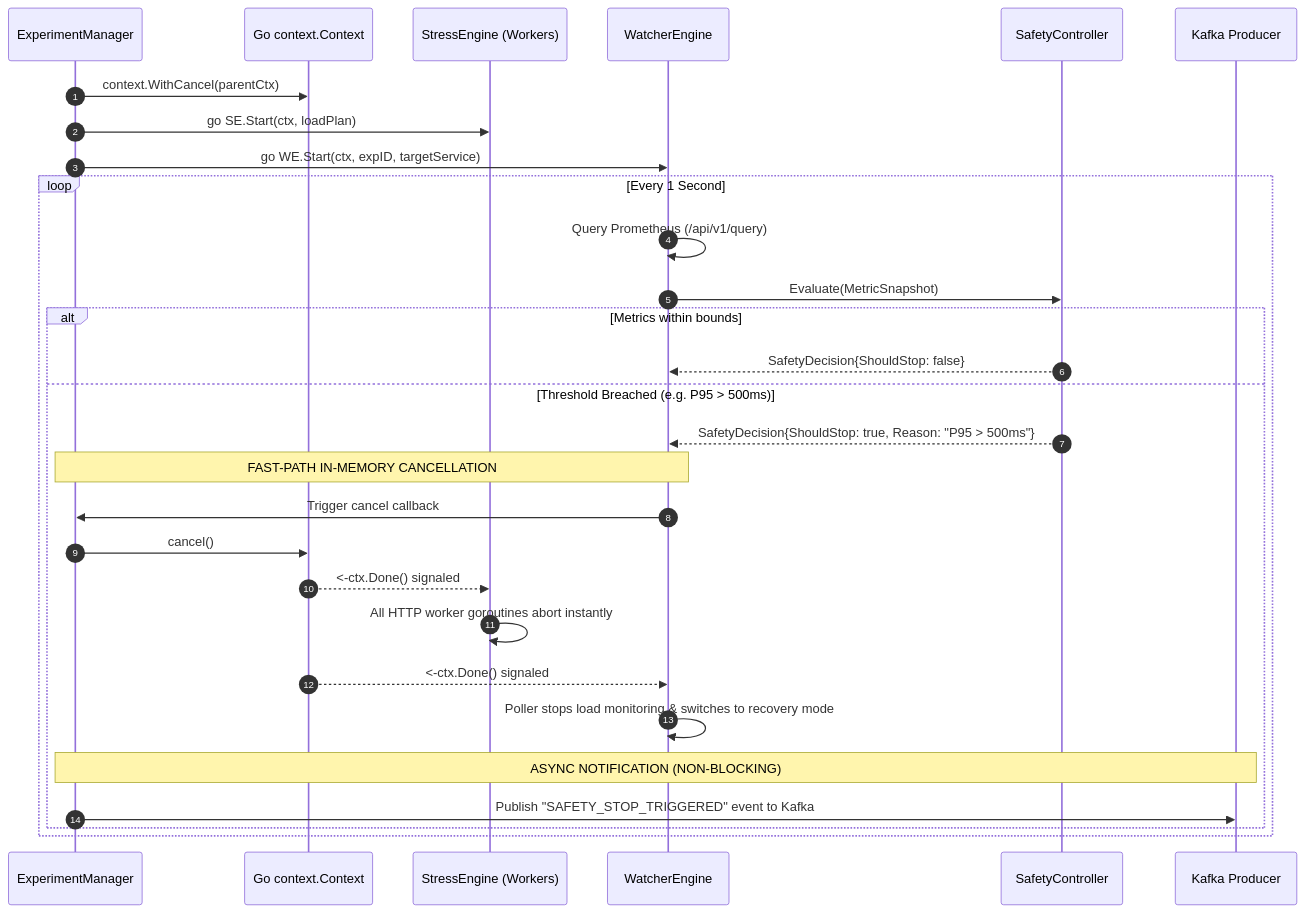
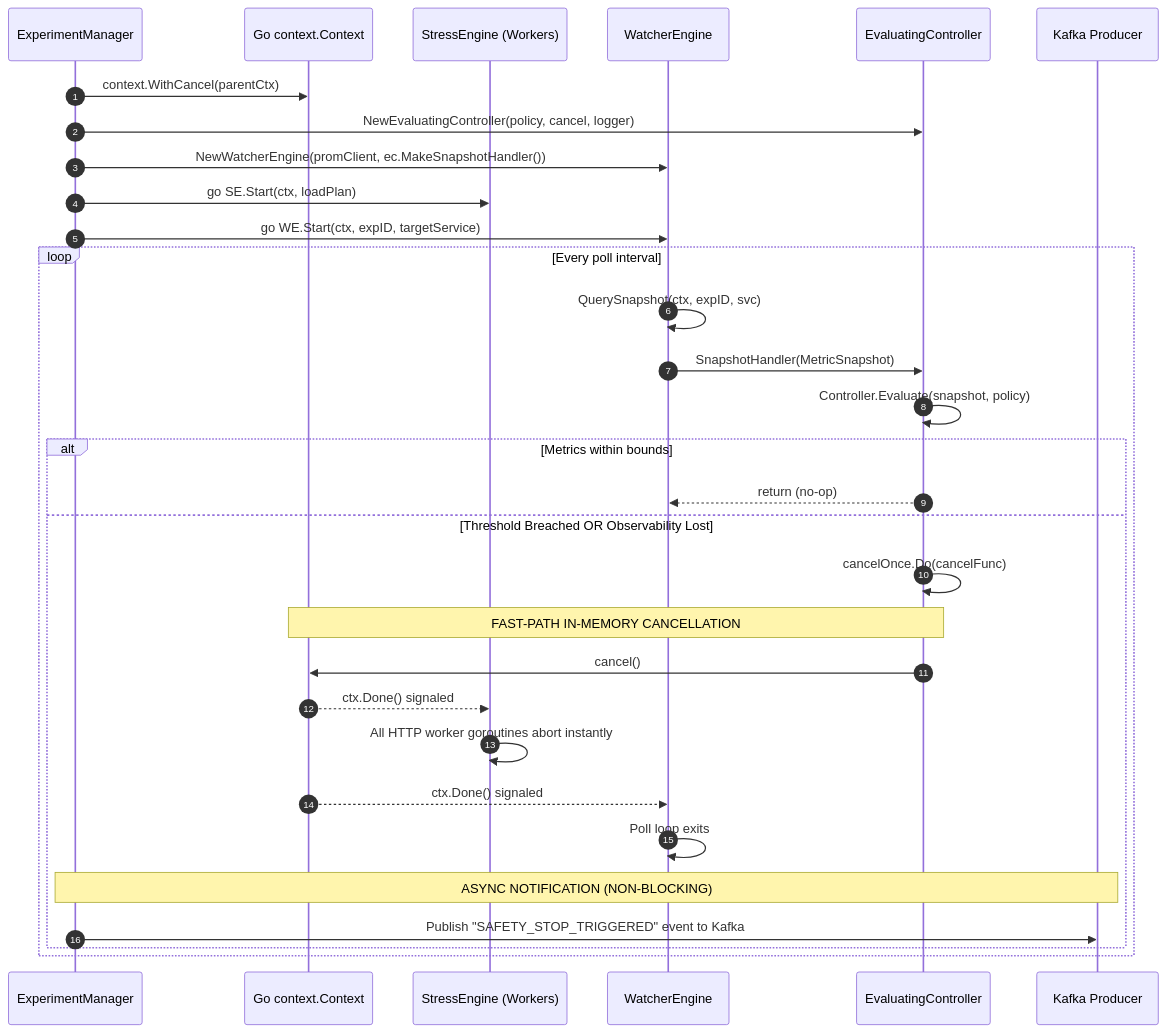
The second of 2 diagrams in docs/LLD.md (drumilbhati/damascus), drawn with Mermaid before and after one commit. The commit also changed other lines of this file and 4 other files, not shown here.

````diff
--- a/docs/LLD.md
+++ b/docs/LLD.md
@@ -434,33 +469,35 @@
 ```mermaid
 sequenceDiagram
     autonumber
     participant EM as ExperimentManager
     participant Ctx as Go context.Context
     participant SE as StressEngine (Workers)
     participant WE as WatcherEngine
-    participant SC as SafetyController
+    participant EC as EvaluatingController
     participant KF as Kafka Producer
 
     EM->>Ctx: context.WithCancel(parentCtx)
+    EM->>EC: NewEvaluatingController(policy, cancel, logger)
+    EM->>WE: NewWatcherEngine(promClient, ec.MakeSnapshotHandler())
     EM->>SE: go SE.Start(ctx, loadPlan)
     EM->>WE: go WE.Start(ctx, expID, targetService)
-    
-    loop Every 1 Second
-        WE->>WE: Query Prometheus (/api/v1/query)
-        WE->>SC: Evaluate(MetricSnapshot)
+
+    loop Every poll interval
+        WE->>WE: QuerySnapshot(ctx, expID, svc)
+        WE->>EC: SnapshotHandler(MetricSnapshot)
+        EC->>EC: Controller.Evaluate(snapshot, policy)
         alt Metrics within bounds
-            SC-->>WE: SafetyDecision{ShouldStop: false}
-        else Threshold Breached (e.g. P95 > 500ms)
-            SC-->>WE: SafetyDecision{ShouldStop: true, Reason: "P95 > 500ms"}
-            Note over WE,EM: FAST-PATH IN-MEMORY CANCELLATION
-            WE->>EM: Trigger cancel callback
-            EM->>Ctx: cancel()
-            Ctx-->>SE: <-ctx.Done() signaled
+            EC-->>WE: return (no-op)
+        else Threshold Breached OR Observability Lost
+            EC->>EC: cancelOnce.Do(cancelFunc)
+            Note over EC,Ctx: FAST-PATH IN-MEMORY CANCELLATION
+            EC->>Ctx: cancel()
+            Ctx-->>SE: ctx.Done() signaled
             SE->>SE: All HTTP worker goroutines abort instantly
-            Ctx-->>WE: <-ctx.Done() signaled
-            WE->>WE: Poller stops load monitoring & switches to recovery mode
+            Ctx-->>WE: ctx.Done() signaled
+            WE->>WE: Poll loop exits
             Note over EM,KF: ASYNC NOTIFICATION (NON-BLOCKING)
             EM->>KF: Publish "SAFETY_STOP_TRIGGERED" event to Kafka
         end
     end
 ```
````
